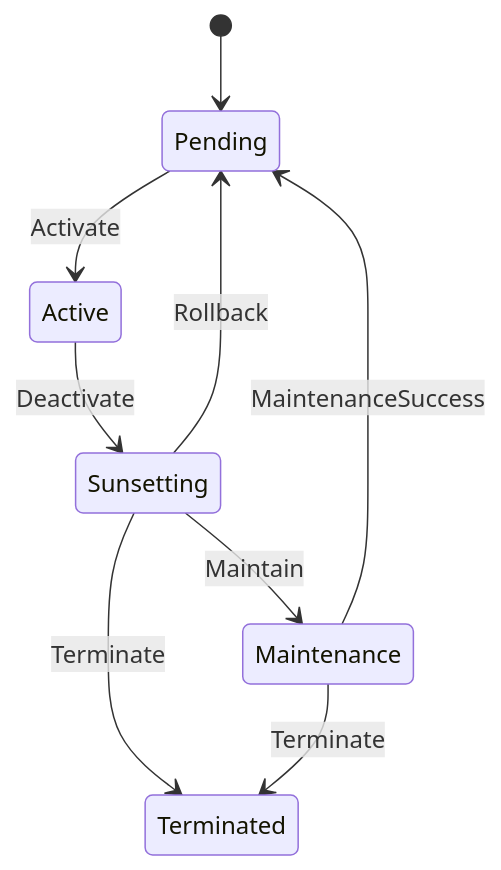
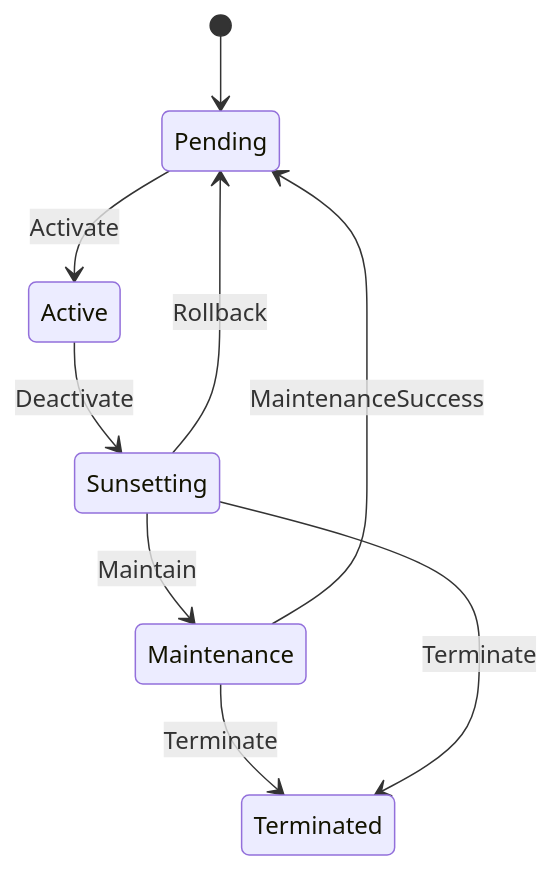
The diagram in examples/docs/server_state_machine.mermaid (kookyleo/yasm), drawn with Mermaid before and after one commit. The commit also changed other lines of this file and 7 other files, not shown here.

```diff
--- a/examples/docs/server_state_machine.mermaid
+++ b/examples/docs/server_state_machine.mermaid
@@ -1,9 +1,9 @@
 stateDiagram-v2
     [*] --> Pending
-    Sunsetting --> Pending : Rollback
-    Maintenance --> Pending : MaintenanceSuccess
-    Pending --> Active : Activate
-    Sunsetting --> Terminated : Terminate
     Maintenance --> Terminated : Terminate
     Active --> Sunsetting : Deactivate
+    Maintenance --> Pending : MaintenanceSuccess
     Sunsetting --> Maintenance : Maintain
+    Sunsetting --> Terminated : Terminate
+    Pending --> Active : Activate
+    Sunsetting --> Pending : Rollback
```
